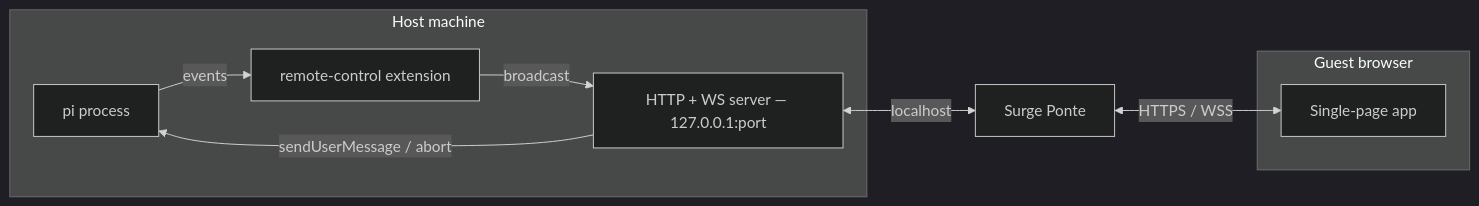
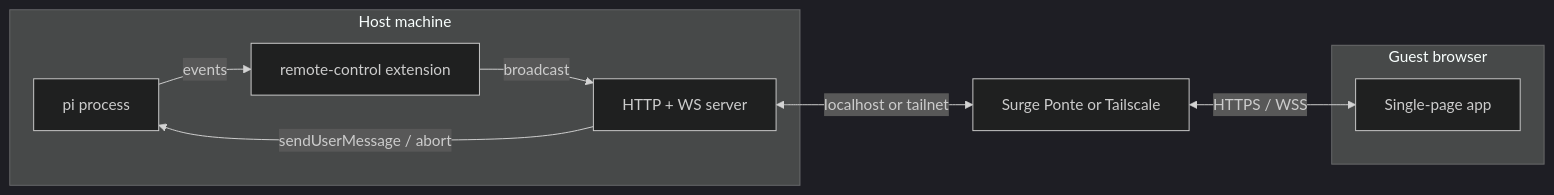
One commit to goofansu/pi-remote-control changed the first of 3 diagrams in docs/ARCHITECTURE.md. Above: the diagram before and after it, drawn with Mermaid (dark theme). The commit also changed other lines of this file and 6 other files, not shown here.

````diff
--- a/docs/ARCHITECTURE.md
+++ b/docs/ARCHITECTURE.md
@@ -14,20 +16,20 @@
 ```mermaid
 graph LR
     subgraph Host["Host machine"]
         PI["pi process"]
         EXT["remote-control extension"]
-        SRV["HTTP + WS server — 127.0.0.1:port"]
+        SRV["HTTP + WS server"]
         PI -->|events| EXT
         EXT -->|broadcast| SRV
         SRV -->|sendUserMessage / abort| PI
     end
 
-    PROXY["Surge Ponte"]
-    SRV <-->|localhost| PROXY
+    TUNNEL["Surge Ponte or Tailscale"]
+    SRV <-->|localhost or tailnet| TUNNEL
 
     subgraph Guest["Guest browser"]
         UI["Single-page app"]
     end
 
-    PROXY <-->|HTTPS / WSS| UI
+    TUNNEL <-->|HTTPS / WSS| UI
 ```
````
